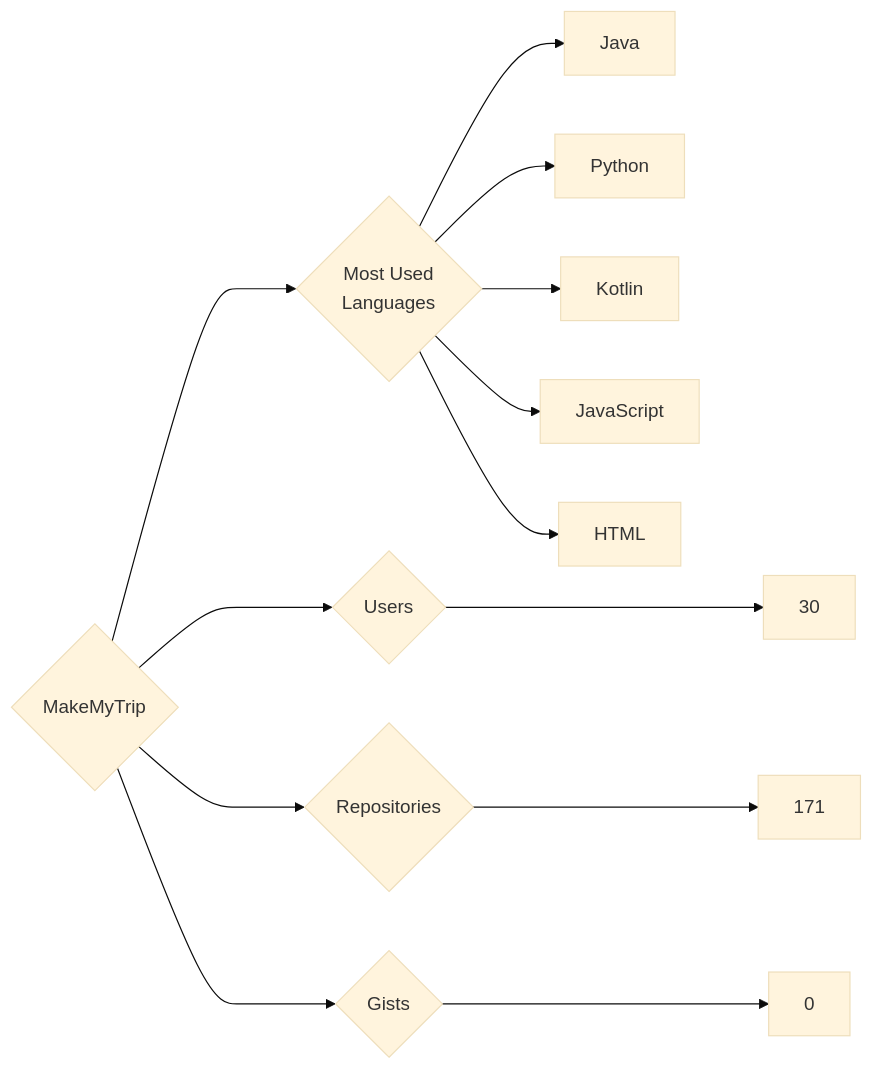
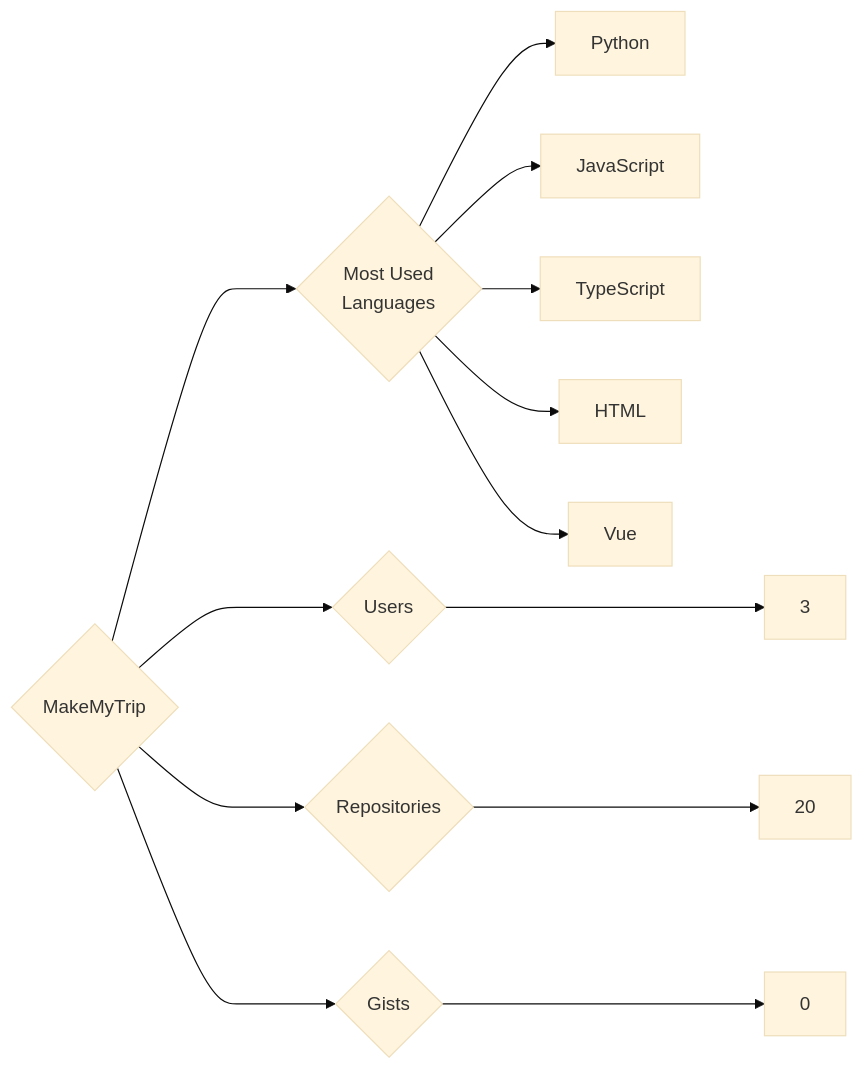
The diagram in targets/MakeMyTrip/README.md (trickest/insiders), drawn with Mermaid (base theme) before and after one commit. The commit also changed 932 other files, not shown here.

````diff
--- a/targets/MakeMyTrip/README.md
+++ b/targets/MakeMyTrip/README.md
@@ -3,13 +3,13 @@
 ```mermaid
 graph LR
 COMPANY_NAME{MakeMyTrip}
-COMPANY_NAME ---> U{Users} ---> UN[30]
-COMPANY_NAME ---> R{Repositories} ---> RN[171]
+COMPANY_NAME ---> U{Users} ---> UN[3]
+COMPANY_NAME ---> R{Repositories} ---> RN[20]
 COMPANY_NAME ---> G{Gists} ---> GN[0]
 COMPANY_NAME ---> ML{Most Used<br>Languages}
-ML --> Java[Java]
 ML --> Python[Python]
-ML --> Kotlin[Kotlin]
 ML --> JavaScript[JavaScript]
+ML --> TypeScript[TypeScript]
 ML --> HTML[HTML]
+ML --> Vue[Vue]
 ```
````
